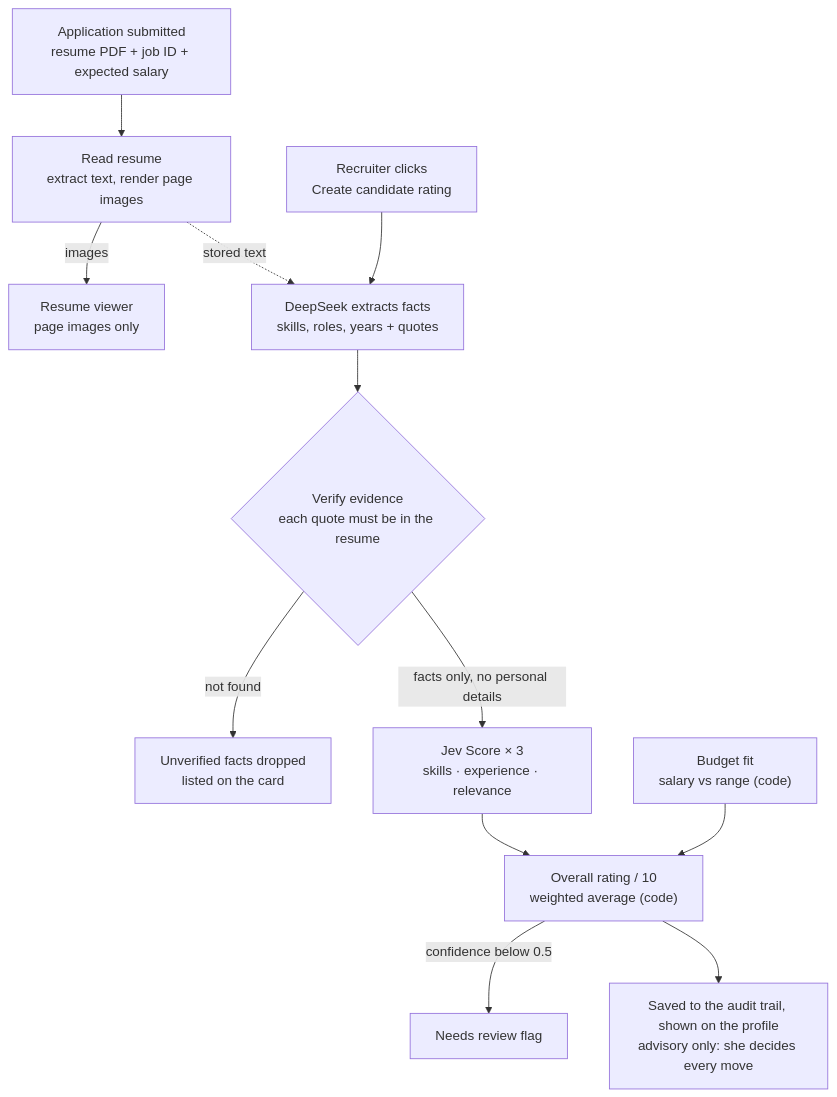
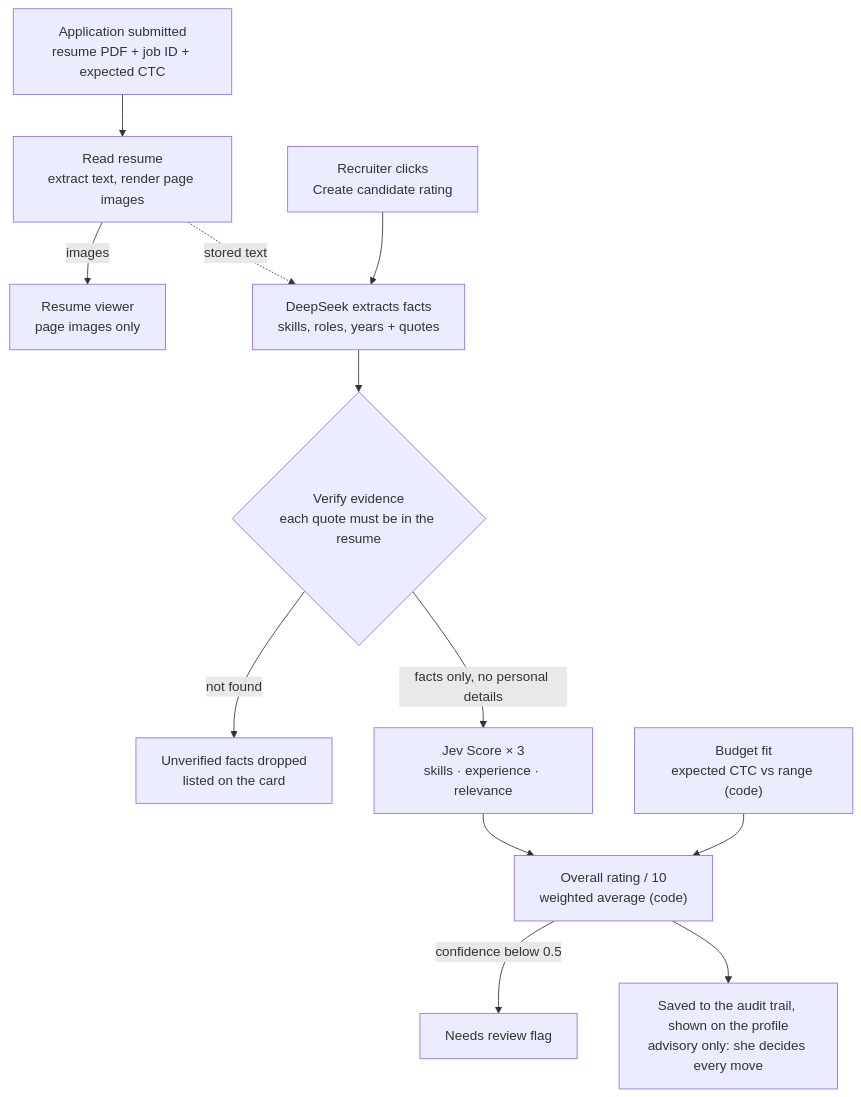
One commit to Shailly0502/Recruitly changed the third of 3 diagrams in docs/ARCHITECTURE.md. Above: the diagram before and after it, drawn with Mermaid. The commit also changed other lines of this file and 13 other files, not shown here.

````diff
--- a/docs/ARCHITECTURE.md
+++ b/docs/ARCHITECTURE.md
@@ -253,14 +253,14 @@
 ```mermaid
 flowchart TD
-    U["Application submitted<br/>resume PDF + job ID + expected salary"] --> RR["Read resume<br/>extract text, render page images"]
+    U["Application submitted<br/>resume PDF + job ID + expected CTC"] --> RR["Read resume<br/>extract text, render page images"]
     RR -- images --> VW["Resume viewer<br/>page images only"]
     B["Recruiter clicks<br/>Create candidate rating"] --> X["DeepSeek extracts facts<br/>skills, roles, years + quotes"]
     RR -. "stored text" .-> X
     X --> EV{"Verify evidence<br/>each quote must be in the resume"}
     EV -- "not found" --> DR["Unverified facts dropped<br/>listed on the card"]
     EV -- "facts only, no personal details" --> JS["Jev Score × 3<br/>skills · experience · relevance"]
-    BF["Budget fit<br/>salary vs range (code)"] --> OV["Overall rating / 10<br/>weighted average (code)"]
+    BF["Budget fit<br/>expected CTC vs range (code)"] --> OV["Overall rating / 10<br/>weighted average (code)"]
     JS --> OV
     OV -- "confidence below 0.5" --> NR["Needs review flag"]
     OV --> SV["Saved to the audit trail, shown on the profile<br/>advisory only: she decides every move"]
 ```
````
